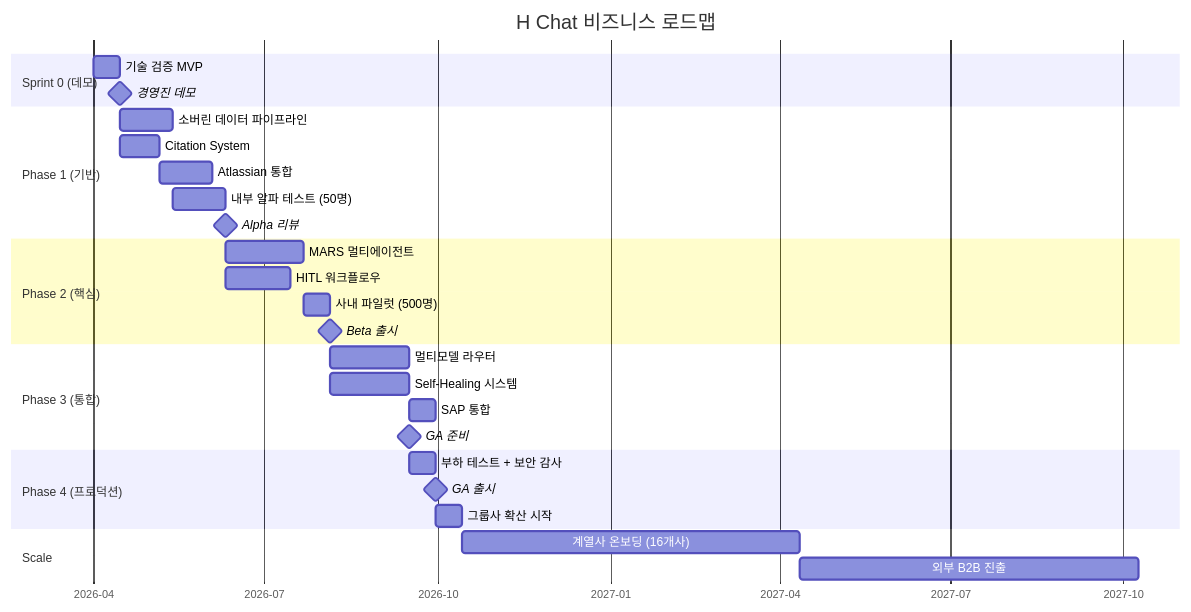
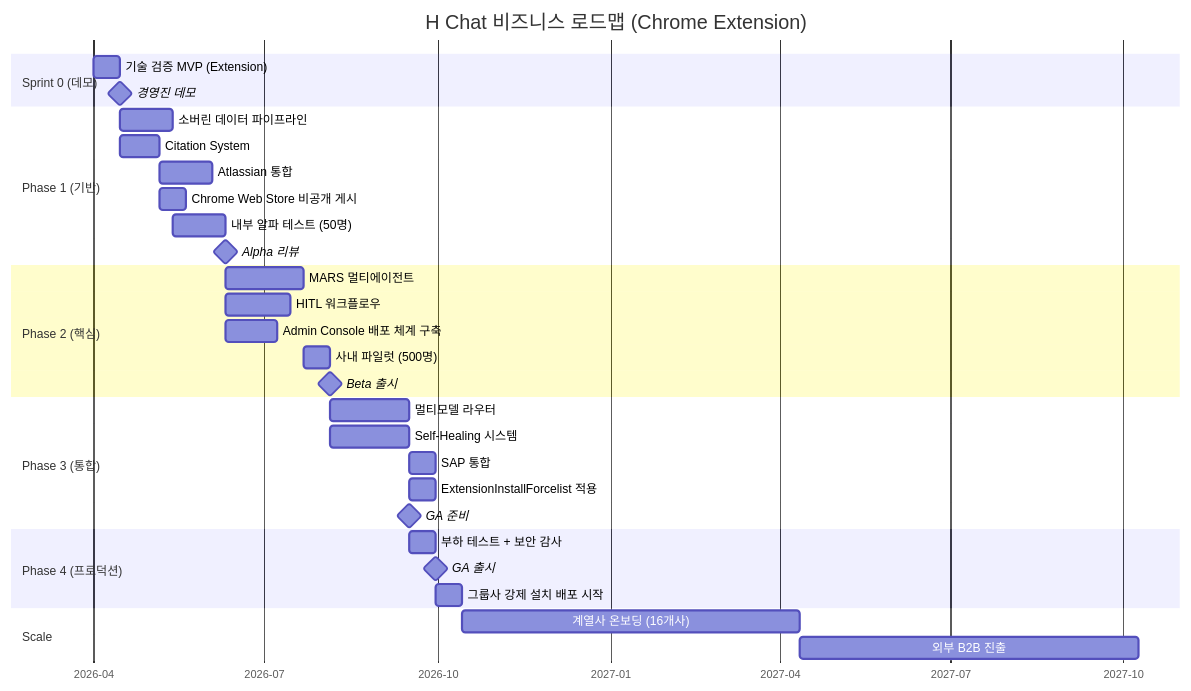
The second of 2 diagrams in docs/SERVICE_PLAN_04_BUSINESS.md (sgtlim0/sgtlim0.github.io), drawn with Mermaid before and after one commit. The commit also changed other lines of this file and 3 other files, not shown here.

First line of the commit message:
docs: 서비스 기획서 Chrome Extension 전용으로 업데이트 (Part 0,1,3,4)

````diff
--- a/docs/SERVICE_PLAN_04_BUSINESS.md
+++ b/docs/SERVICE_PLAN_04_BUSINESS.md
@@ -152,38 +168,41 @@
 ```mermaid
 gantt
-    title H Chat 비즈니스 로드맵
+    title H Chat 비즈니스 로드맵 (Chrome Extension)
     dateFormat  YYYY-MM-DD
     axisFormat  %Y-%m
 
     section Sprint 0 (데모)
-    기술 검증 MVP           :s0, 2026-04-01, 14d
-    경영진 데모              :milestone, m0, after s0, 0d
+    기술 검증 MVP (Extension)    :s0, 2026-04-01, 14d
+    경영진 데모                   :milestone, m0, after s0, 0d
 
     section Phase 1 (기반)
-    소버린 데이터 파이프라인  :p1a, after s0, 28d
-    Citation System          :p1b, after s0, 21d
-    Atlassian 통합           :p1c, after p1b, 28d
-    내부 알파 테스트 (50명)  :p1d, after p1a, 28d
-    Alpha 리뷰              :milestone, m1, after p1d, 0d
+    소버린 데이터 파이프라인       :p1a, after s0, 28d
+    Citation System               :p1b, after s0, 21d
+    Atlassian 통합                :p1c, after p1b, 28d
+    Chrome Web Store 비공개 게시  :p1e, after p1b, 14d
+    내부 알파 테스트 (50명)       :p1d, after p1a, 28d
+    Alpha 리뷰                   :milestone, m1, after p1d, 0d
 
     section Phase 2 (핵심)
-    MARS 멀티에이전트        :p2a, after p1d, 42d
-    HITL 워크플로우          :p2b, after p1d, 35d
-    사내 파일럿 (500명)      :p2c, after p2a, 14d
-    Beta 출시               :milestone, m2, after p2c, 0d
+    MARS 멀티에이전트             :p2a, after p1d, 42d
+    HITL 워크플로우               :p2b, after p1d, 35d
+    Admin Console 배포 체계 구축  :p2e, after p1d, 28d
+    사내 파일럿 (500명)           :p2c, after p2a, 14d
+    Beta 출시                    :milestone, m2, after p2c, 0d
 
     section Phase 3 (통합)
-    멀티모델 라우터           :p3a, after p2c, 42d
-    Self-Healing 시스템      :p3b, after p2c, 42d
-    SAP 통합                :p3c, after p3a, 14d
-    GA 준비                 :milestone, m3, after p3b, 0d
+    멀티모델 라우터                :p3a, after p2c, 42d
+    Self-Healing 시스템           :p3b, after p2c, 42d
+    SAP 통합                     :p3c, after p3a, 14d
+    ExtensionInstallForcelist 적용:p3e, after p3a, 14d
+    GA 준비                      :milestone, m3, after p3b, 0d
 
     section Phase 4 (프로덕션)
-    부하 테스트 + 보안 감사  :p4a, after p3b, 14d
-    GA 출시                 :milestone, m4, after p4a, 0d
-    그룹사 확산 시작         :p4b, after p4a, 14d
+    부하 테스트 + 보안 감사       :p4a, after p3b, 14d
+    GA 출시                      :milestone, m4, after p4a, 0d
+    그룹사 강제 설치 배포 시작     :p4b, after p4a, 14d
 
     section Scale
-    계열사 온보딩 (16개사)   :sc1, after p4b, 180d
-    외부 B2B 진출           :sc2, after sc1, 180d
+    계열사 온보딩 (16개사)        :sc1, after p4b, 180d
+    외부 B2B 진출                :sc2, after sc1, 180d
 ```
````
